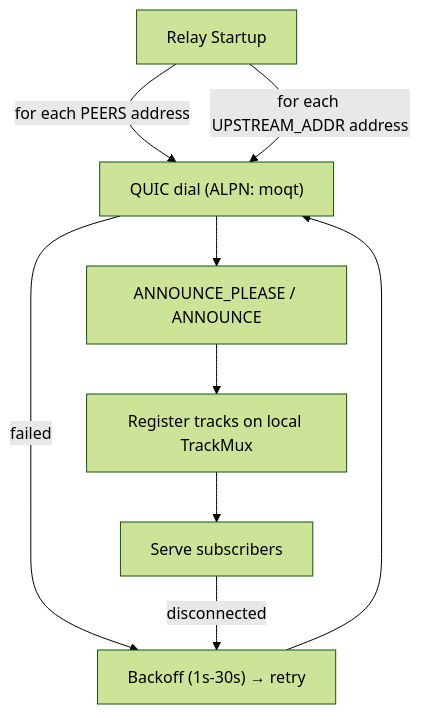
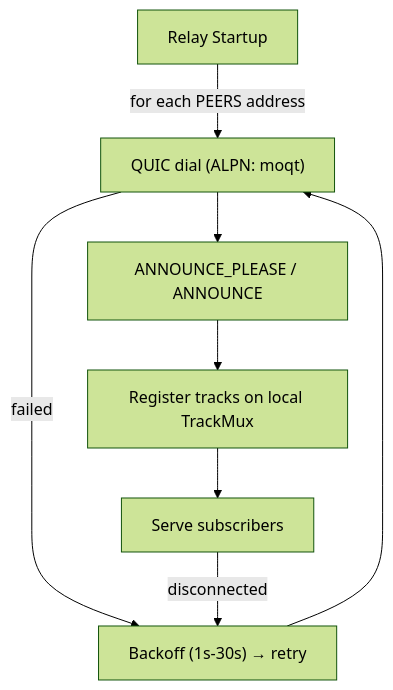
The second of 2 diagrams in README.md (qumo-dev/qumo), drawn with Mermaid (forest theme) before and after one commit. The commit also changed other lines of this file and 17 other files, not shown here.

````diff
--- a/README.md
+++ b/README.md
@@ -133,15 +128,14 @@
 ```mermaid
 graph TD
     Start["Relay Startup"]
 
     Start -->|"for each PEERS address"| ALPN
-    Start -->|"for each UPSTREAM_ADDR address"| ALPN
 
     ALPN["QUIC dial (ALPN: moqt)"] --> Announce["ANNOUNCE_PLEASE / ANNOUNCE"]
     Announce --> TrackMux["Register tracks on local TrackMux"]
     TrackMux --> Serve["Serve subscribers"]
 
     ALPN -->|"failed"| Retry["Backoff (1s-30s) → retry"]
     Serve -->|"disconnected"| Retry
     Retry --> ALPN
 ```
````
